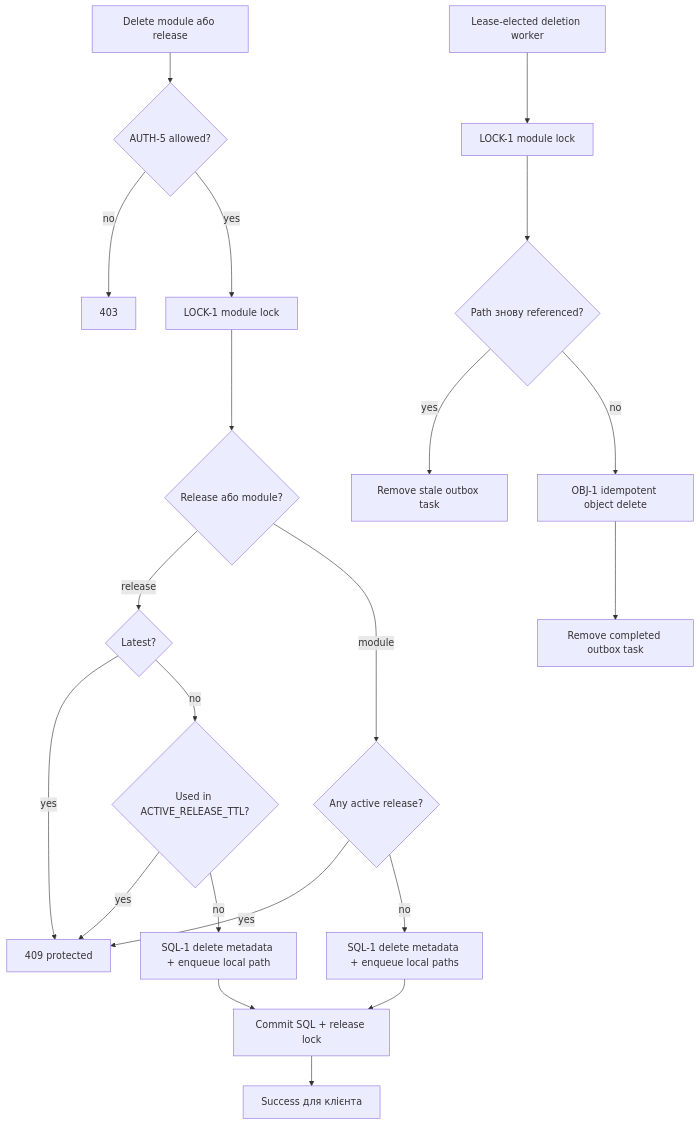
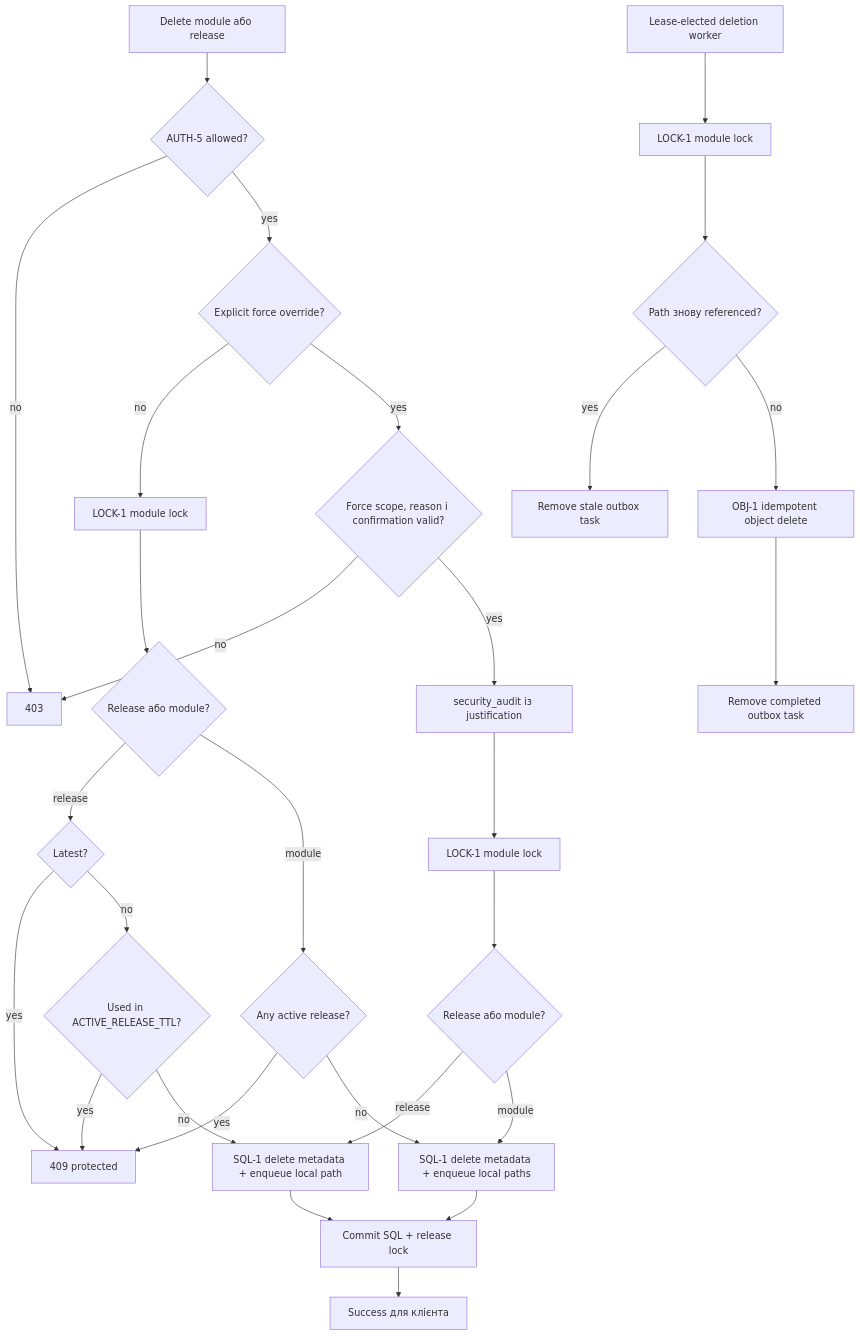
Before and after one commit to zxzharmlesszxz/puppet-forge: the eighth of 10 diagrams in SCHEMA.uk.md, drawn with Mermaid. The commit also changed other lines of this file and 14 other files, not shown here.

````diff
--- a/SCHEMA.uk.md
+++ b/SCHEMA.uk.md
@@ -390,23 +390,31 @@
 ```mermaid
 flowchart TD
     req["Delete module або release"] --> auth{"AUTH-5 allowed?"}
     auth -- no --> deny["403"]
-    auth -- yes --> lock["LOCK-1 module lock"]
+    auth -- yes --> override{"Explicit force override?"}
+    override -- no --> lock["LOCK-1 module lock"]
+    override -- yes --> forceAuth{"Force scope, reason і confirmation valid?"}
+    forceAuth -- no --> deny
+    forceAuth -- yes --> audit["security_audit із justification"]
+    audit --> forceLock["LOCK-1 module lock"]
     lock --> kind{"Release або module?"}
+    forceLock --> forceKind{"Release або module?"}
+    forceKind -- release --> releaseSQL
+    forceKind -- module --> moduleSQL
     kind -- release --> latest{"Latest?"}
     latest -- yes --> protected["409 protected"]
     latest -- no --> active{"Used in ACTIVE_RELEASE_TTL?"}
     active -- yes --> protected
     active -- no --> releaseSQL["SQL-1 delete metadata + enqueue local path"]
     kind -- module --> any{"Any active release?"}
     any -- yes --> protected
     any -- no --> moduleSQL["SQL-1 delete metadata + enqueue local paths"]
     releaseSQL --> commit["Commit SQL + release lock"]
     moduleSQL --> commit
     commit --> done["Success для клієнта"]
     worker["Lease-elected deletion worker"] --> cleanupLock["LOCK-1 module lock"]
     cleanupLock --> referenced{"Path знову referenced?"}
     referenced -- yes --> cancelTask["Remove stale outbox task"]
     referenced -- no --> object["OBJ-1 idempotent object delete"]
     object --> complete["Remove completed outbox task"]
 ```
````
